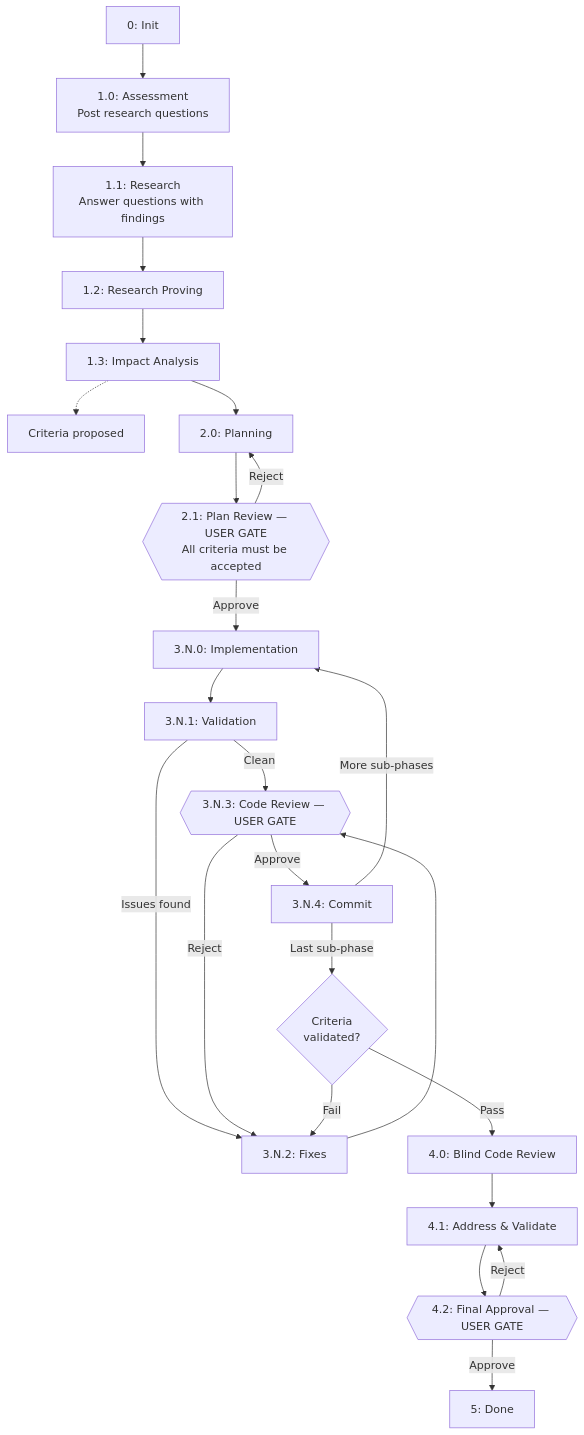
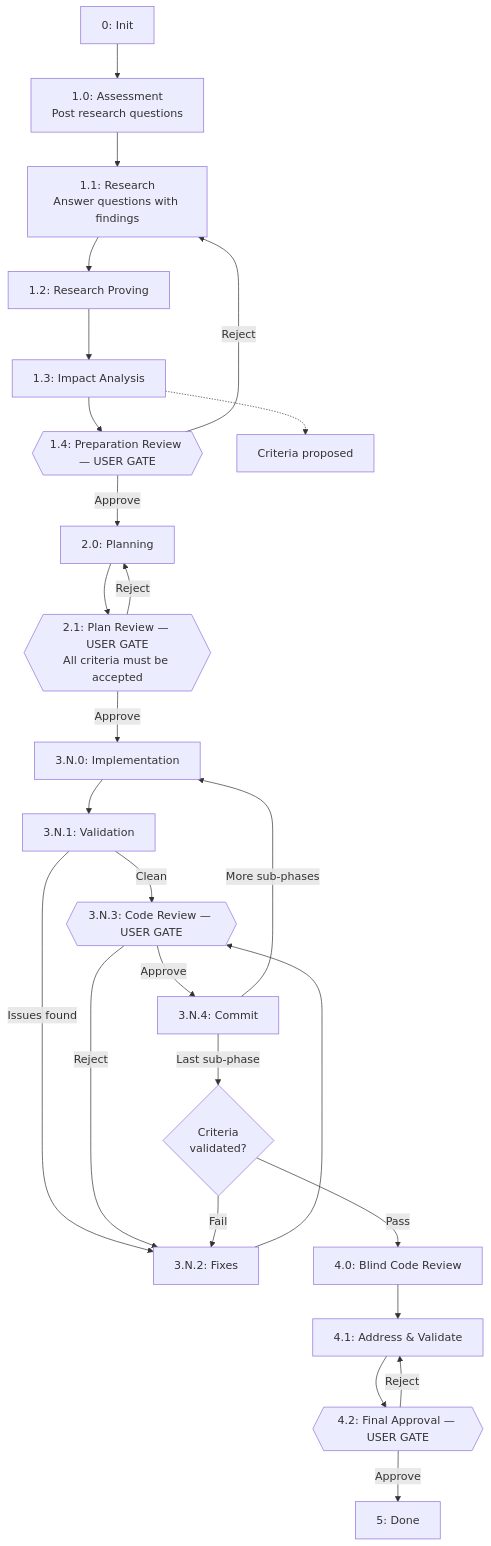
Before and after one commit to IgnatRozhkoTR/claude-workflow: the diagram in README.md, drawn with Mermaid. The commit also changed other lines of this file and 29 other files, not shown here.

First line of the commit message:
#main Add pre-planning phase, preparation review gate, plan readability improvements

````diff
--- a/README.md
+++ b/README.md
@@ -11,54 +11,57 @@
 ```mermaid
 flowchart TD
     P0["0: Init"]
     P10["1.0: Assessment<br/>Post research questions"]
     P11["1.1: Research<br/>Answer questions with findings"]
     P12["1.2: Research Proving"]
     P13["1.3: Impact Analysis"]
+    P14{{"1.4: Preparation Review — USER GATE"}}
     AC["Criteria proposed"]
     P20["2.0: Planning"]
     P21{{"2.1: Plan Review — USER GATE<br/>All criteria must be accepted"}}
 
     P3N0["3.N.0: Implementation"]
     P3N1["3.N.1: Validation"]
     P3N2["3.N.2: Fixes"]
     P3N3{{"3.N.3: Code Review — USER GATE"}}
     P3N4["3.N.4: Commit"]
 
     CV{"Criteria<br/>validated?"}
     P40["4.0: Blind Code Review"]
     P41["4.1: Address & Validate"]
     P42{{"4.2: Final Approval — USER GATE"}}
     P5["5: Done"]
 
     P0 --> P10
     P10 --> P11
     P11 --> P12
     P12 --> P13
     P13 -.-> AC
-    P13 --> P20
+    P13 --> P14
+    P14 -- "Approve" --> P20
+    P14 -- "Reject" --> P11
     P20 --> P21
 
     P21 -- "Approve" --> P3N0
     P21 -- "Reject" --> P20
 
     P3N0 --> P3N1
     P3N1 -- "Clean" --> P3N3
     P3N1 -- "Issues found" --> P3N2
     P3N2 --> P3N3
 
     P3N3 -- "Approve" --> P3N4
     P3N3 -- "Reject" --> P3N2
 
     P3N4 -- "More sub-phases" --> P3N0
     P3N4 -- "Last sub-phase" --> CV
 
     CV -- "Pass" --> P40
     CV -- "Fail" --> P3N2
 
     P40 --> P41
     P41 --> P42
 
     P42 -- "Approve" --> P5
     P42 -- "Reject" --> P41
 ```
````
